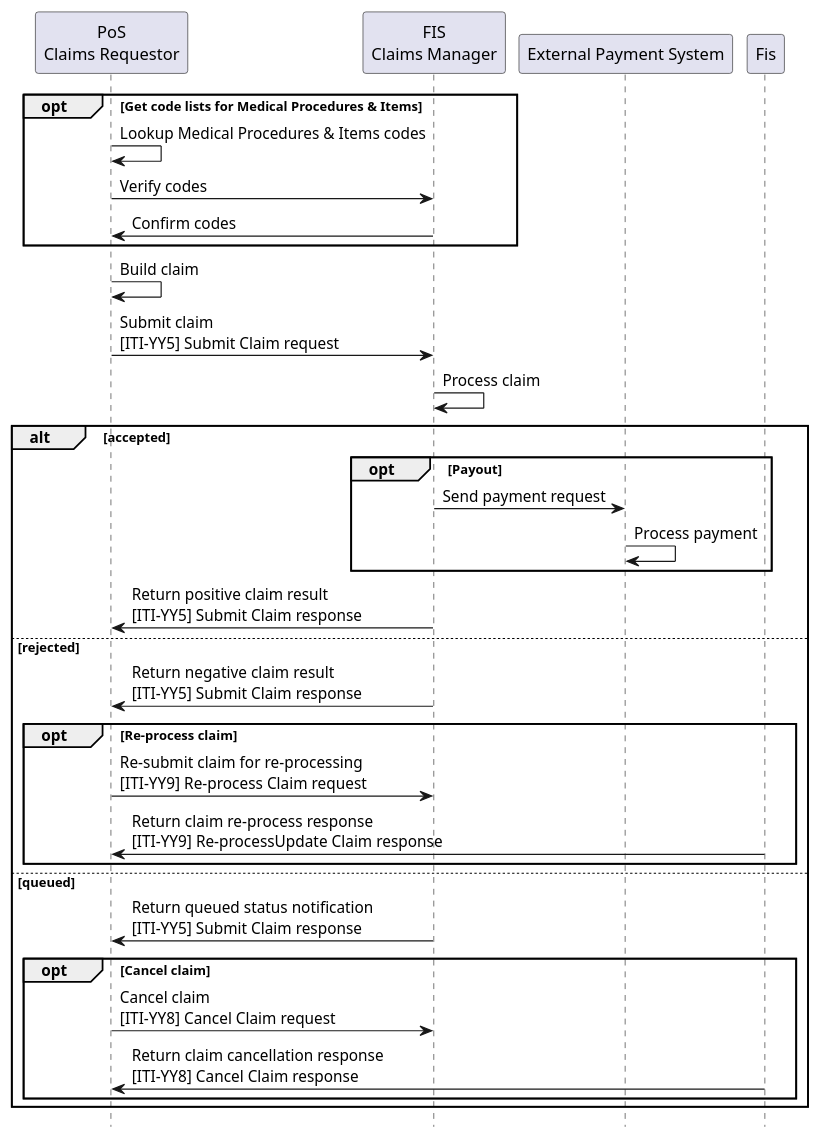
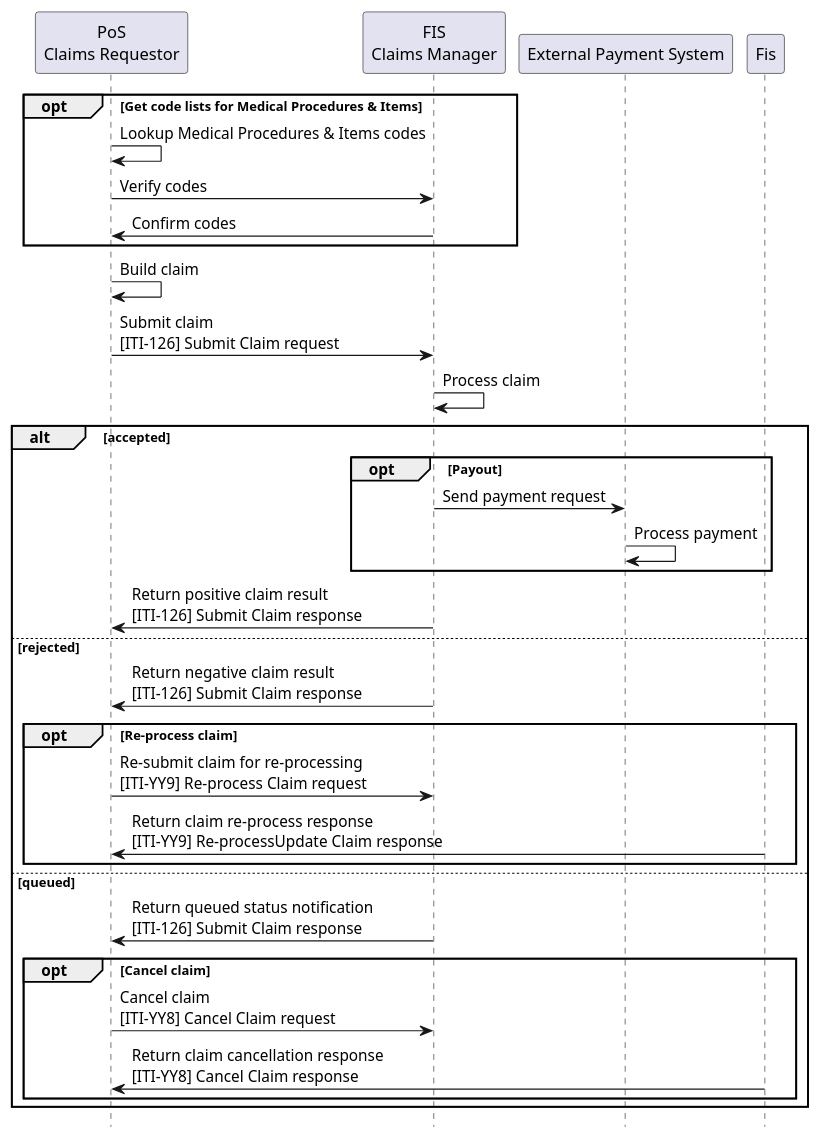
Before and after one commit to IHE/ITI.Finance: the diagram in input/images-source/usecase3-processflow.plantuml, drawn with PlantUML. The commit also changed 16 other files, not shown here.

```diff
--- a/input/images-source/usecase3-processflow.plantuml
+++ b/input/images-source/usecase3-processflow.plantuml
@@ -1,40 +1,40 @@
 @startuml
 skinparam svgDimensionStyle false
 hide footbox
 
 participant "PoS\nClaims Requestor" as App
 participant "FIS\nClaims Manager" as FIS
 participant "External Payment System" as EXT
 
 
 opt Get code lists for Medical Procedures & Items
 	App -> App: Lookup Medical Procedures & Items codes
 	App -> FIS: Verify codes
 	FIS -> App: Confirm codes
 end opt
  
 App -> App: Build claim
-App -> FIS: Submit claim\n&#91;ITI-YY5&#93; Submit Claim request
+App -> FIS: Submit claim\n&#91;ITI-126&#93; Submit Claim request
 FIS -> FIS: Process claim
 
 alt accepted
 	opt Payout
 		FIS->EXT: Send payment request
    	EXT->EXT: Process payment
 	end opt
-	FIS -> App: Return positive claim result\n&#91;ITI-YY5&#93; Submit Claim response
+	FIS -> App: Return positive claim result\n&#91;ITI-126&#93; Submit Claim response
 else rejected
-	FIS -> App: Return negative claim result\n&#91;ITI-YY5&#93; Submit Claim response
+	FIS -> App: Return negative claim result\n&#91;ITI-126&#93; Submit Claim response
 	opt Re-process claim
 		App -> FIS: Re-submit claim for re-processing\n&#91;ITI-YY9&#93; Re-process Claim request
 		Fis -> App: Return claim re-process response\n&#91;ITI-YY9&#93; Re-processUpdate Claim response
 	end opt
 else queued
-	FIS -> App: Return queued status notification\n&#91;ITI-YY5&#93; Submit Claim response
+	FIS -> App: Return queued status notification\n&#91;ITI-126&#93; Submit Claim response
 	opt Cancel claim
 		App -> FIS: Cancel claim\n&#91;ITI-YY8&#93; Cancel Claim request
 		Fis -> App: Return claim cancellation response\n&#91;ITI-YY8&#93; Cancel Claim response
 	end opt
 end
 
 @enduml
```
